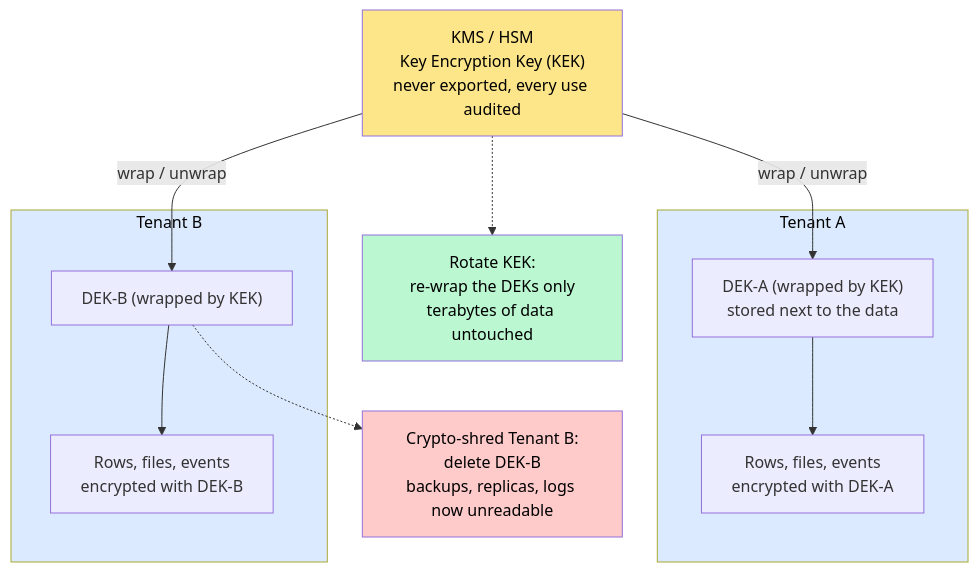
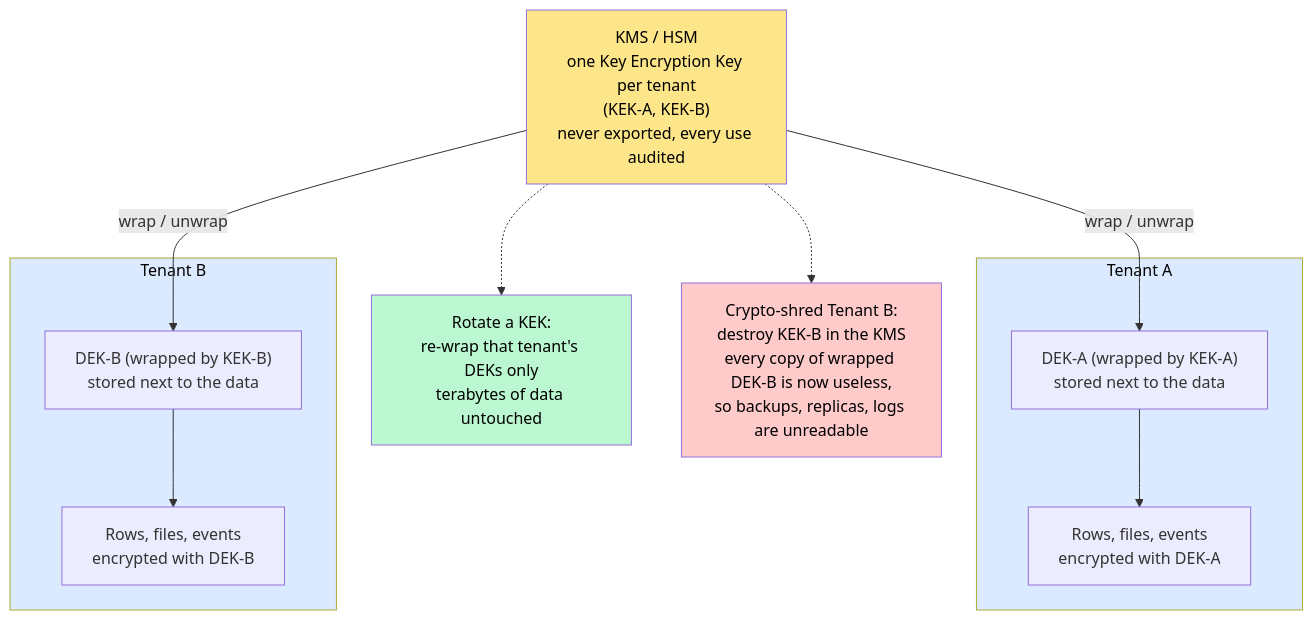
Before and after one commit to Ankan1998/learn-system-design: the first of 3 diagrams in Level-06-Scale-and-Reliability/09-Data-Privacy-and-Encryption/README.md, drawn with Mermaid. The commit also changed other lines of this file and 139 other files, not shown here.

````diff
--- a/Level-06-Scale-and-Reliability/09-Data-Privacy-and-Encryption/README.md
+++ b/Level-06-Scale-and-Reliability/09-Data-Privacy-and-Encryption/README.md
@@ -134,31 +136,31 @@
 ```mermaid
 flowchart TD
-    KMS["KMS / HSM<br/>Key Encryption Key (KEK)<br/>never exported, every use audited"]
+    KMS["KMS / HSM<br/>one Key Encryption Key per tenant<br/>(KEK-A, KEK-B)<br/>never exported, every use audited"]
 
     subgraph TA["Tenant A"]
-        DEKA["DEK-A (wrapped by KEK)<br/>stored next to the data"]
+        DEKA["DEK-A (wrapped by KEK-A)<br/>stored next to the data"]
         DATAA["Rows, files, events<br/>encrypted with DEK-A"]
         DEKA --> DATAA
     end
 
     subgraph TB["Tenant B"]
-        DEKB["DEK-B (wrapped by KEK)"]
+        DEKB["DEK-B (wrapped by KEK-B)<br/>stored next to the data"]
         DATAB["Rows, files, events<br/>encrypted with DEK-B"]
         DEKB --> DATAB
     end
 
     KMS -->|"wrap / unwrap"| DEKA
     KMS -->|"wrap / unwrap"| DEKB
 
-    ROT["Rotate KEK:<br/>re-wrap the DEKs only<br/>terabytes of data untouched"]
-    SHRED["Crypto-shred Tenant B:<br/>delete DEK-B<br/>backups, replicas, logs now unreadable"]
+    ROT["Rotate a KEK:<br/>re-wrap that tenant's DEKs only<br/>terabytes of data untouched"]
+    SHRED["Crypto-shred Tenant B:<br/>destroy KEK-B in the KMS<br/>every copy of wrapped DEK-B is now useless,<br/>so backups, replicas, logs are unreadable"]
 
     KMS -.-> ROT
-    DEKB -.-> SHRED
+    KMS -.-> SHRED
 
     style KMS fill:#fde68a,color:#000
     style TA fill:#dbeafe,color:#000
     style TB fill:#dbeafe,color:#000
     style ROT fill:#bbf7d0,color:#000
     style SHRED fill:#fecaca,color:#000
 ```
````
